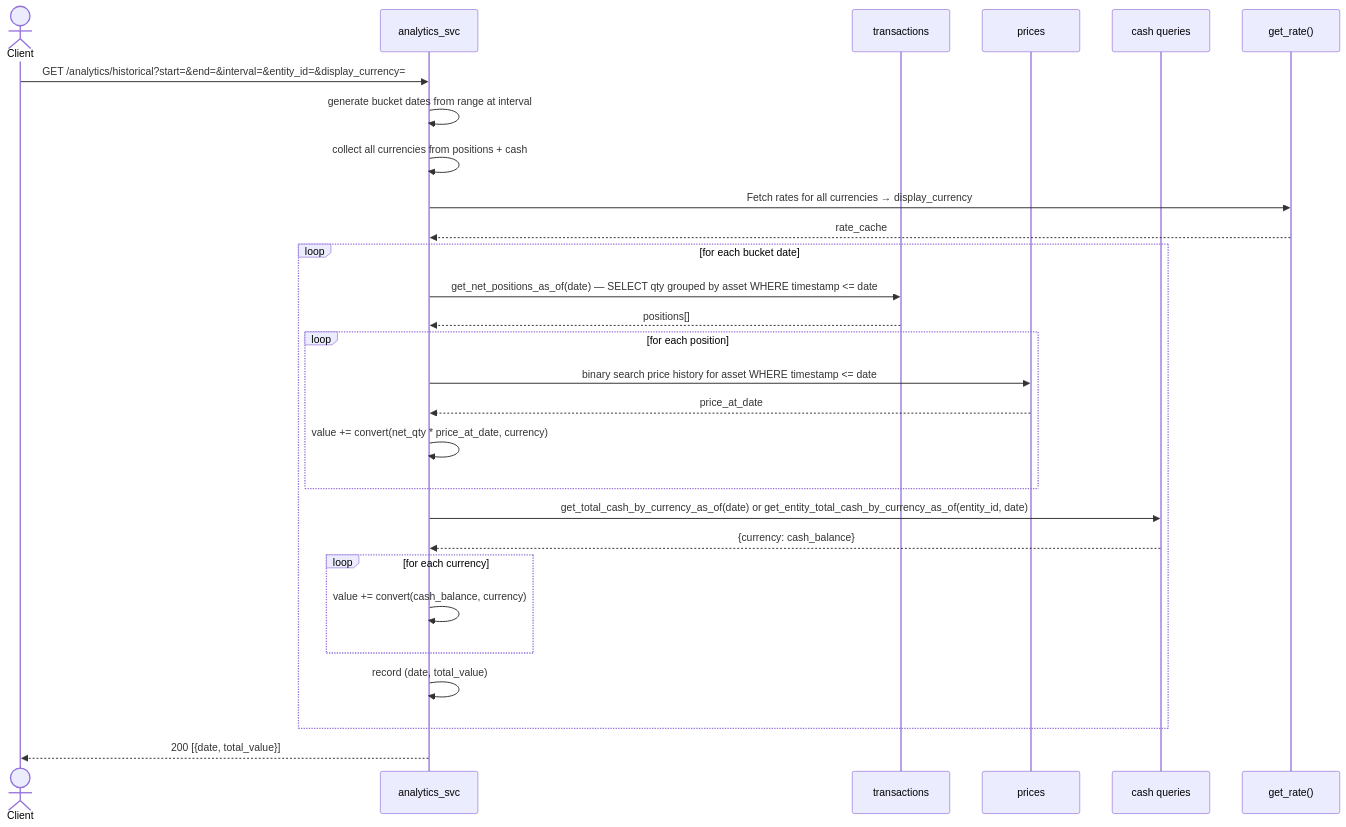
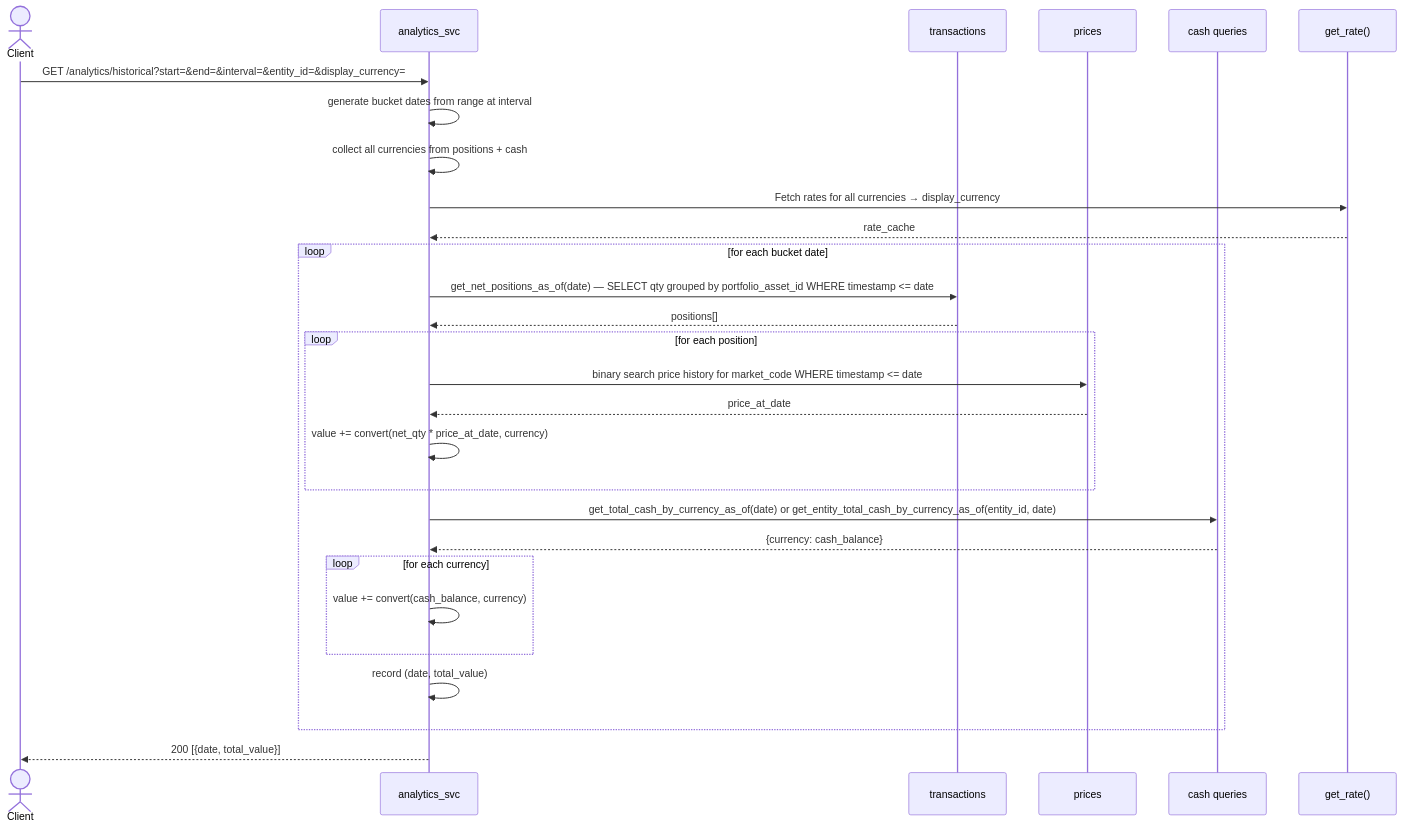
One commit to alvmarrod/personal-fin-hub changed diagram 13 of 14 in doc/workflow.md. Above: the diagram before and after it, drawn with Mermaid. The commit also changed other lines of this file and 11 other files, not shown here.

````diff
--- a/doc/workflow.md
+++ b/doc/workflow.md
@@ -1270,31 +1287,31 @@
 ```mermaid
 sequenceDiagram
     actor Client
     participant Svc as analytics_svc
     participant DB_tx as transactions
     participant DB_pr as prices
     participant DB_cash as cash queries
     participant Rates as get_rate()
 
     Client->>Svc: GET /analytics/historical?start=&end=&interval=&entity_id=&display_currency=
     Svc->>Svc: generate bucket dates from range at interval
     Svc->>Svc: collect all currencies from positions + cash
     Svc->>Rates: Fetch rates for all currencies → display_currency
     Rates-->>Svc: rate_cache
     loop for each bucket date
-        Svc->>DB_tx: get_net_positions_as_of(date) — SELECT qty grouped by asset WHERE timestamp <= date
+        Svc->>DB_tx: get_net_positions_as_of(date) — SELECT qty grouped by portfolio_asset_id WHERE timestamp <= date
         DB_tx-->>Svc: positions[]
         loop for each position
-            Svc->>DB_pr: binary search price history for asset WHERE timestamp <= date
+            Svc->>DB_pr: binary search price history for market_code WHERE timestamp <= date
             DB_pr-->>Svc: price_at_date
             Svc->>Svc: value += convert(net_qty * price_at_date, currency)
         end
         Svc->>DB_cash: get_total_cash_by_currency_as_of(date) or get_entity_total_cash_by_currency_as_of(entity_id, date)
         DB_cash-->>Svc: {currency: cash_balance}
         loop for each currency
             Svc->>Svc: value += convert(cash_balance, currency)
         end
         Svc->>Svc: record (date, total_value)
     end
     Svc-->>Client: 200 [{date, total_value}]
 ```
````
